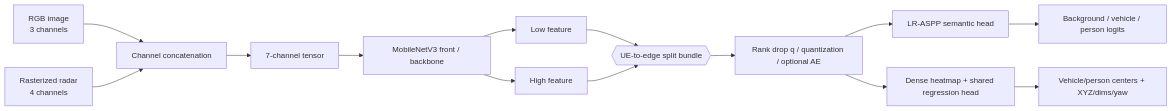
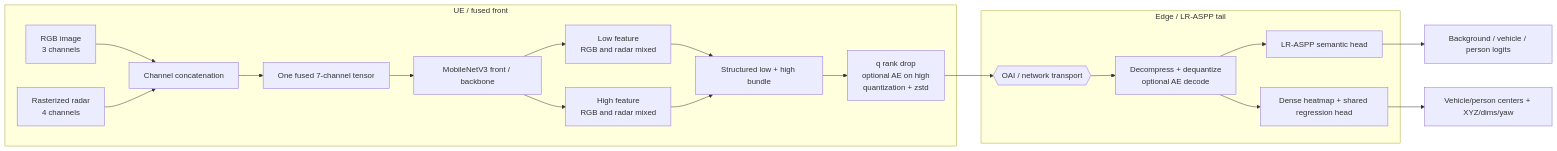
Before and after one commit to man-of-mind/SceneSense-Abiodun: the first of 3 diagrams in ROUTE_B_PERCEPTION_REDESIGN_SUPERVISOR_REPORT.md, drawn with Mermaid. The commit also changed other lines of this file, not shown here.

````diff
--- a/ROUTE_B_PERCEPTION_REDESIGN_SUPERVISOR_REPORT.md
+++ b/ROUTE_B_PERCEPTION_REDESIGN_SUPERVISOR_REPORT.md
@@ -76,16 +80,22 @@
 ```mermaid
 flowchart LR
-    RGB[RGB image<br/>3 channels] --> CAT[Channel concatenation]
-    RAD[Rasterized radar<br/>4 channels] --> CAT
-    CAT --> X7[7-channel tensor]
-    X7 --> FRONT[MobileNetV3 front / backbone]
-    FRONT --> LOW[Low feature]
-    FRONT --> HIGH[High feature]
-    LOW --> SPLIT{{UE-to-edge split bundle}}
-    HIGH --> SPLIT
-    SPLIT --> Q[Rank drop q / quantization / optional AE]
-    Q --> SEG[LR-ASPP semantic head]
-    Q --> OBJ[Dense heatmap + shared regression head]
+    subgraph UE[UE / fused front]
+      RGB[RGB image<br/>3 channels] --> CAT[Channel concatenation]
+      RAD[Rasterized radar<br/>4 channels] --> CAT
+      CAT --> X7[One fused 7-channel tensor]
+      X7 --> FRONT[MobileNetV3 front / backbone]
+      FRONT --> LOW[Low feature<br/>RGB and radar mixed]
+      FRONT --> HIGH[High feature<br/>RGB and radar mixed]
+      LOW --> SPLIT[Structured low + high bundle]
+      HIGH --> SPLIT
+      SPLIT --> UEPACK[q rank drop<br/>optional AE on high<br/>quantization + zstd]
+    end
+    UEPACK --> NET{{OAI / network transport}}
+    subgraph EDGE[Edge / LR-ASPP tail]
+      NET --> RESTORE[Decompress + dequantize<br/>optional AE decode]
+      RESTORE --> SEG[LR-ASPP semantic head]
+      RESTORE --> OBJ[Dense heatmap + shared regression head]
+    end
     SEG --> SM[Background / vehicle / person logits]
     OBJ --> DET[Vehicle/person centers + XYZ/dims/yaw]
 ```
````
